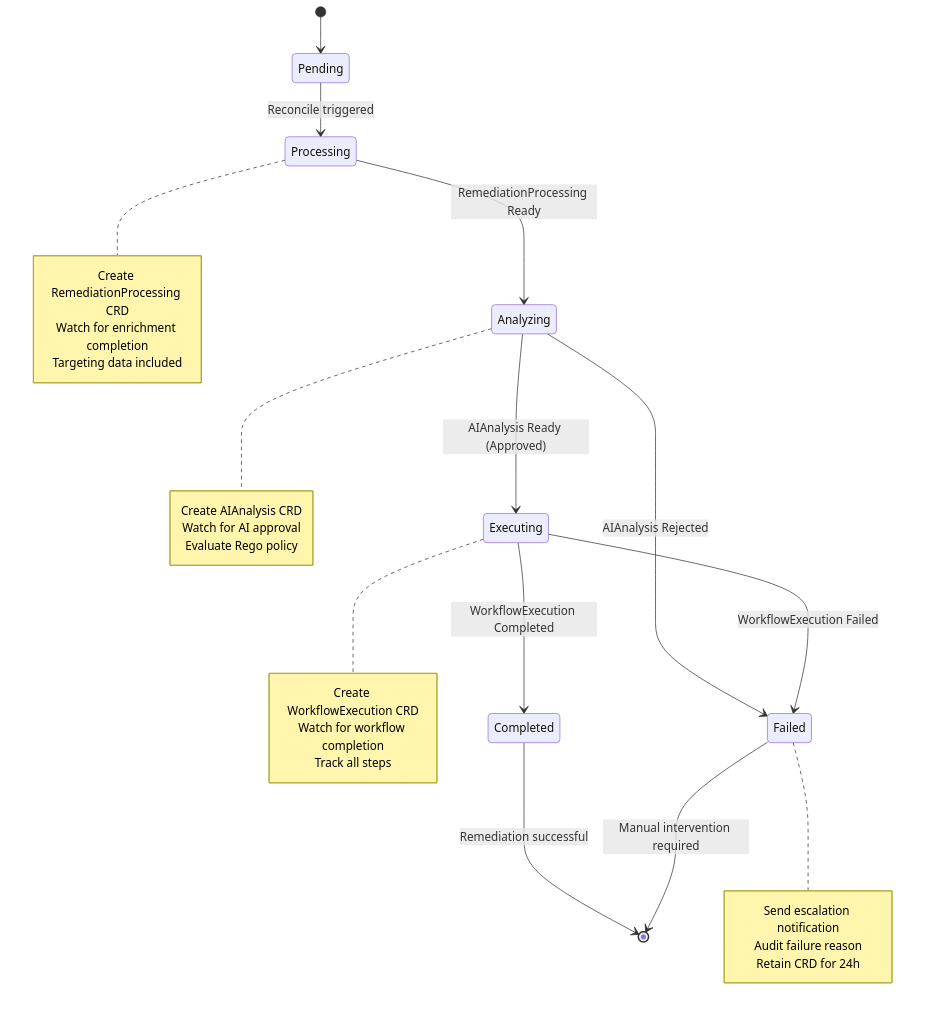
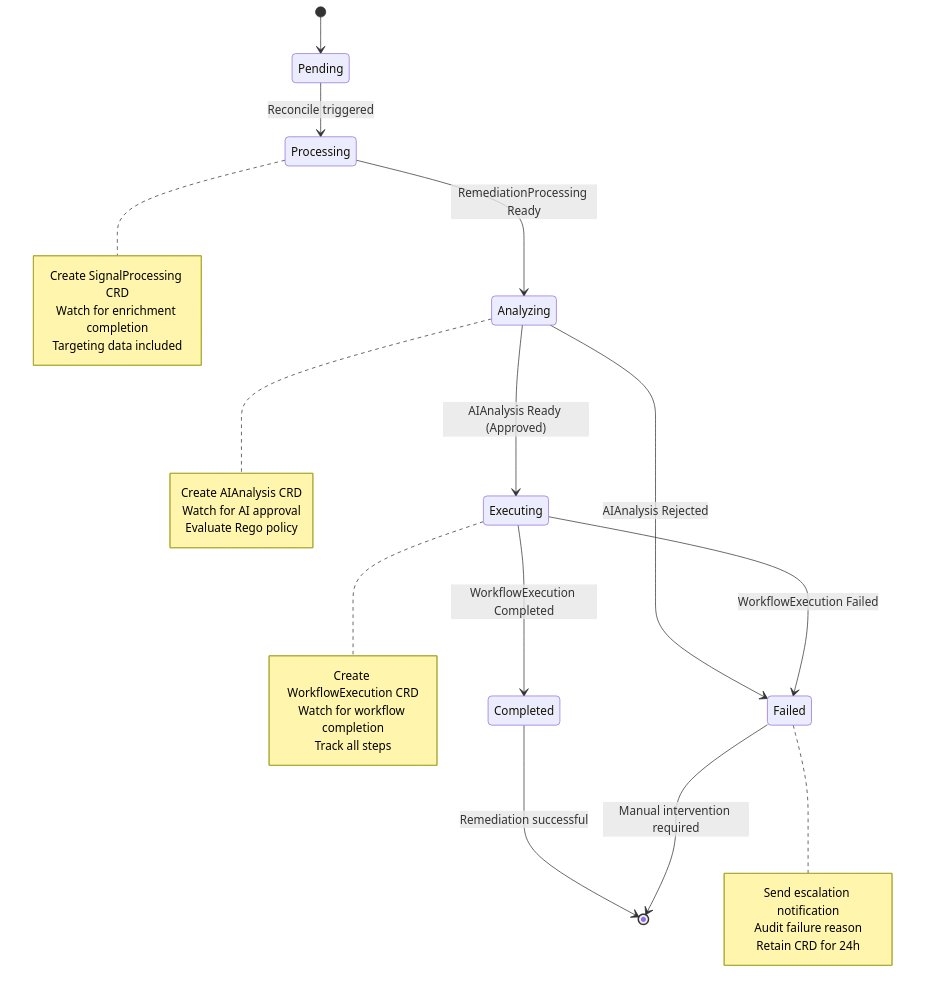
Diagram 15 of 16 in docs/architecture/references/visual-diagrams-master.md (jordigilh/kubernaut), drawn with Mermaid before and after one commit. The commit also changed other lines of this file and 142 other files, not shown here.

First line of the commit message:
docs: Complete RemediationProcessing to SignalProcessing rename (DD-SIGNAL-PROCESSING-001)

````diff
--- a/docs/architecture/references/visual-diagrams-master.md
+++ b/docs/architecture/references/visual-diagrams-master.md
@@ -623,36 +623,36 @@
 ```mermaid
 stateDiagram-v2
     [*] --> Pending
     Pending --> Processing: Reconcile triggered
     Processing --> Analyzing: RemediationProcessing Ready
     Analyzing --> Executing: AIAnalysis Ready (Approved)
     Analyzing --> Failed: AIAnalysis Rejected
     Executing --> Completed: WorkflowExecution Completed
     Executing --> Failed: WorkflowExecution Failed
     Completed --> [*]: Remediation successful
     Failed --> [*]: Manual intervention required
 
     note right of Processing
-        Create RemediationProcessing CRD
+        Create SignalProcessing CRD
         Watch for enrichment completion
         Targeting data included
     end note
 
     note right of Analyzing
         Create AIAnalysis CRD
         Watch for AI approval
         Evaluate Rego policy
     end note
 
     note right of Executing
         Create WorkflowExecution CRD
         Watch for workflow completion
         Track all steps
     end note
 
     note right of Failed
         Send escalation notification
         Audit failure reason
         Retain CRD for 24h
     end note
 ```
````
